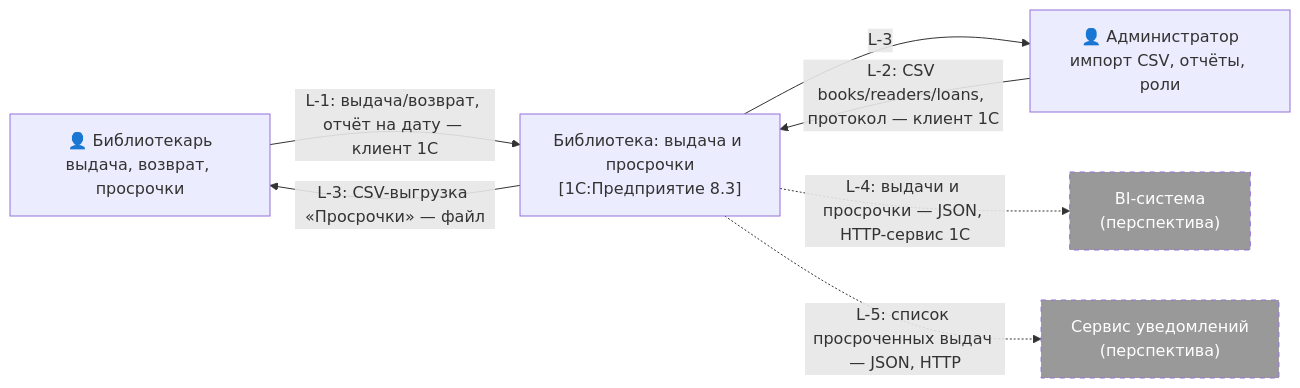
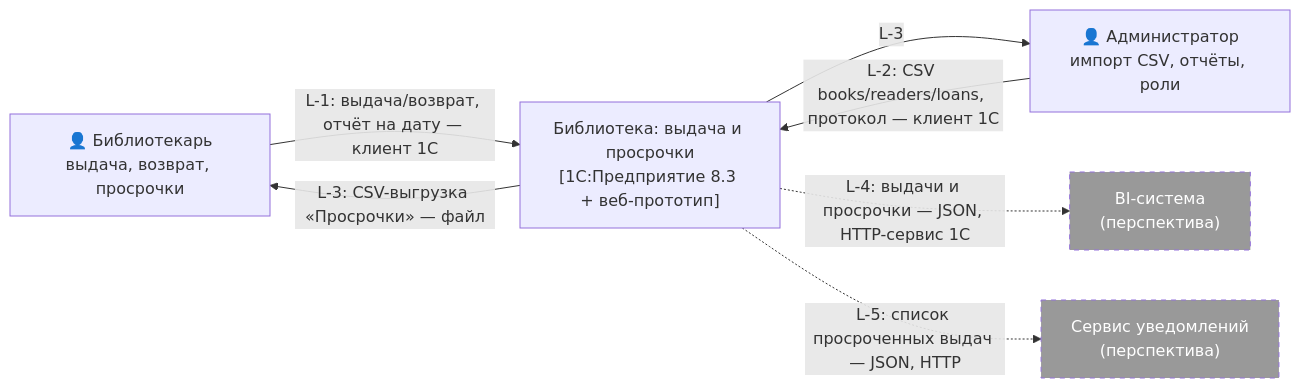
Before and after one commit to Tim-aui/case-8-opd: the diagram in docs/hack1/c4-context.md, drawn with Mermaid. The commit also changed other lines of this file and 12 other files, not shown here.

````diff
--- a/docs/hack1/c4-context.md
+++ b/docs/hack1/c4-context.md
@@ -64,16 +64,16 @@
 ```mermaid
 flowchart LR
     LIB["👤 Библиотекарь<br/>выдача, возврат, просрочки"]
     ADM["👤 Администратор<br/>импорт CSV, отчёты, роли"]
-    SYS["Библиотека: выдача и просрочки<br/>[1С:Предприятие 8.3]"]
+    SYS["Библиотека: выдача и просрочки<br/>[1С:Предприятие 8.3 + веб-прототип]"]
     BI["BI-система<br/>(перспектива)"]
     NTF["Сервис уведомлений<br/>(перспектива)"]
     LIB -- "L-1: выдача/возврат, отчёт на дату — клиент 1С" --> SYS
     ADM -- "L-2: CSV books/readers/loans, протокол — клиент 1С" --> SYS
     SYS -- "L-3: CSV-выгрузка «Просрочки» — файл" --> LIB
     SYS -- "L-3" --> ADM
     SYS -. "L-4: выдачи и просрочки — JSON, HTTP-сервис 1С" .-> BI
     SYS -. "L-5: список просроченных выдач — JSON, HTTP" .-> NTF
     classDef ext fill:#999,color:#fff,stroke-dasharray:5 5;
     class BI,NTF ext;
 ```
````
